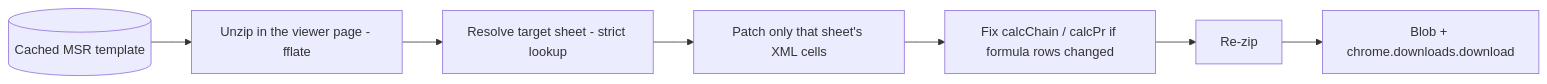
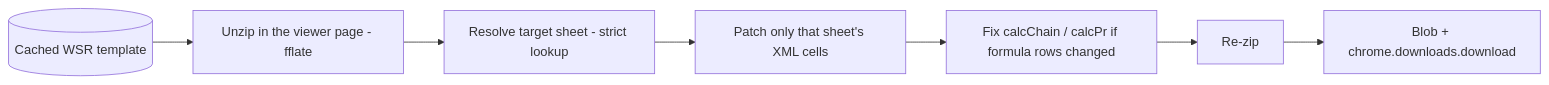
The diagram in wiki/Export-Internals.md (Abbas-Nagoor-Kani-BA/Autonomous-Reports-Engine), drawn with Mermaid before and after one commit. The commit also changed other lines of this file and 6 other files, not shown here.

First line of the commit message:
docs(wiki): correct WSR/MSR terminology and copy-vs-export rationale

````diff
--- a/wiki/Export-Internals.md
+++ b/wiki/Export-Internals.md
@@ -21,8 +21,8 @@
 ```mermaid
 flowchart LR
-    T[(Cached MSR template)] --> UZ[Unzip in the viewer page - fflate]
+    T[(Cached WSR template)] --> UZ[Unzip in the viewer page - fflate]
     UZ --> SL[Resolve target sheet - strict lookup]
     SL --> PX[Patch only that sheet's XML cells]
     PX --> CC[Fix calcChain / calcPr if formula rows changed]
     CC --> Z[Re-zip] --> DL[Blob + chrome.downloads.download]
 ```
````
